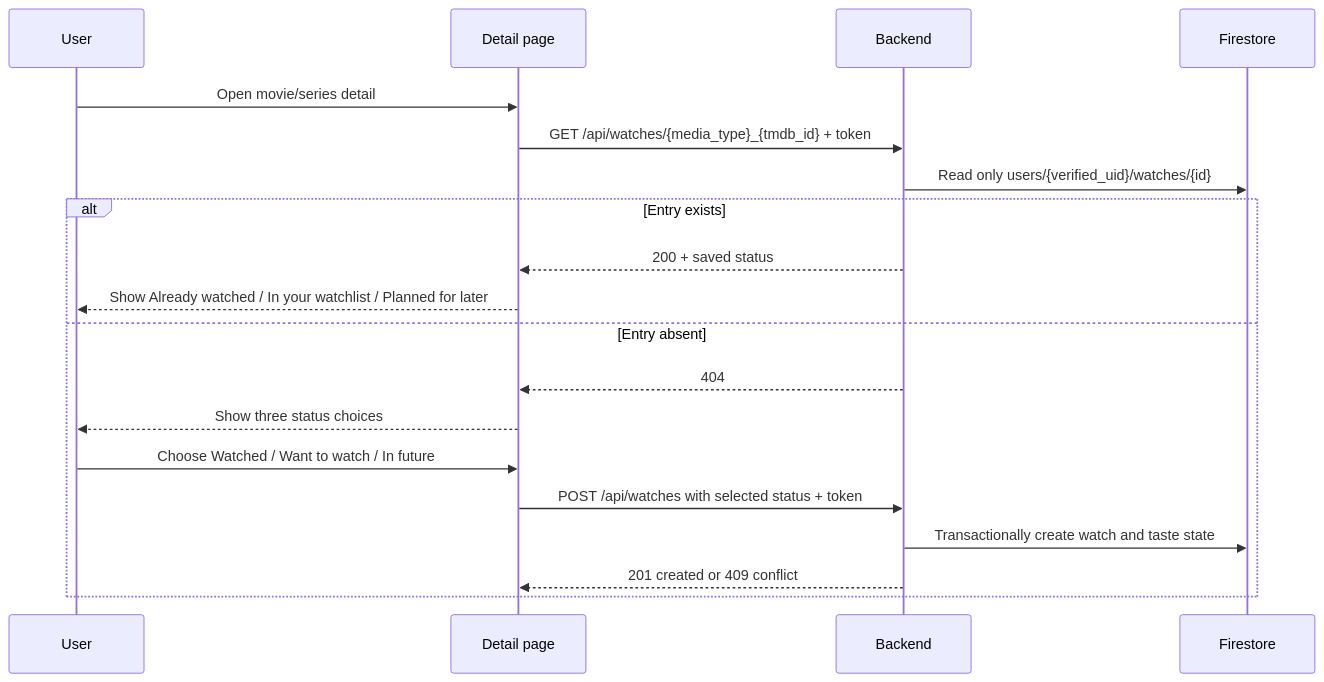
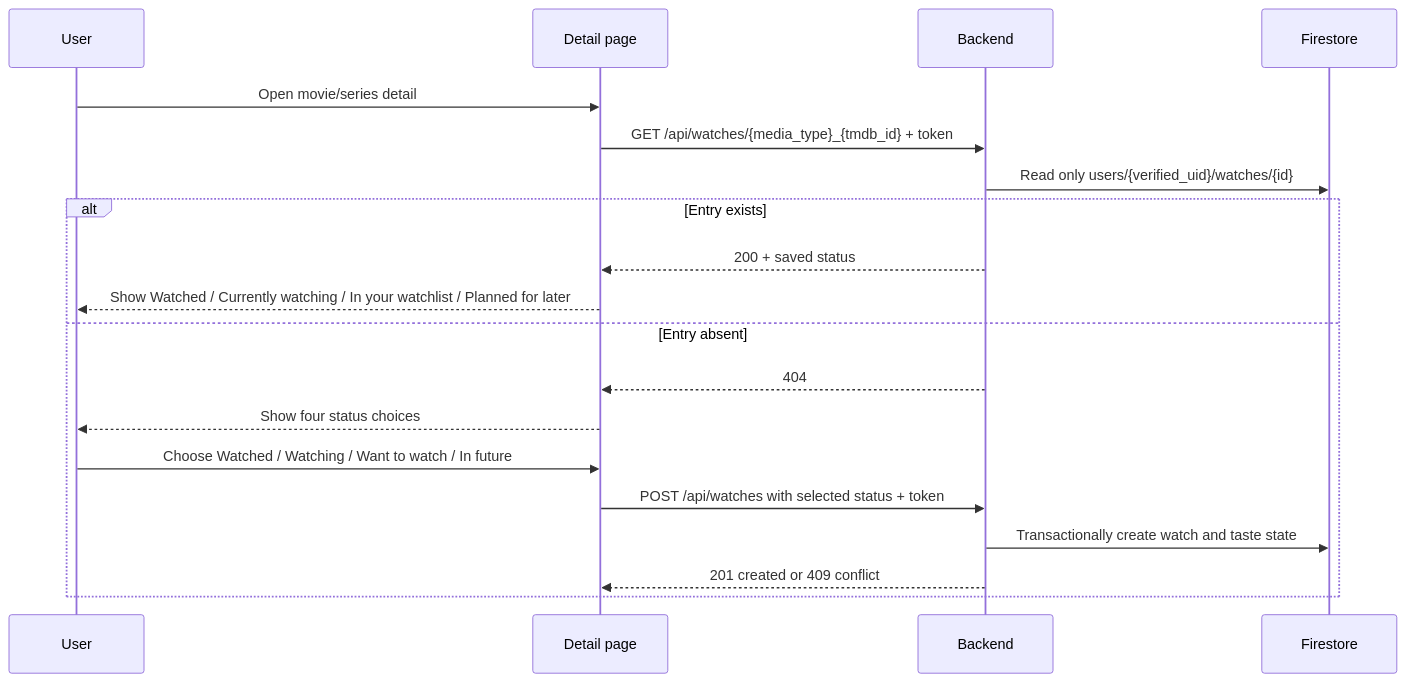
The third of 4 diagrams in docs/04_App_Flow.md (Shreyas-patil07/Dex), drawn with Mermaid before and after one commit. The commit also changed other lines of this file and 8 other files, not shown here.

Commit message:
feat(watchlist): add currently watching status

````diff
--- a/docs/04_App_Flow.md
+++ b/docs/04_App_Flow.md
@@ -51,21 +51,21 @@
 ```mermaid
 sequenceDiagram
     participant U as User
     participant UI as Detail page
     participant API as Backend
     participant DB as Firestore
     U->>UI: Open movie/series detail
     UI->>API: GET /api/watches/{media_type}_{tmdb_id} + token
     API->>DB: Read only users/{verified_uid}/watches/{id}
     alt Entry exists
       API-->>UI: 200 + saved status
-      UI-->>U: Show Already watched / In your watchlist / Planned for later
+      UI-->>U: Show Watched / Currently watching / In your watchlist / Planned for later
     else Entry absent
       API-->>UI: 404
-      UI-->>U: Show three status choices
-      U->>UI: Choose Watched / Want to watch / In future
+      UI-->>U: Show four status choices
+      U->>UI: Choose Watched / Watching / Want to watch / In future
       UI->>API: POST /api/watches with selected status + token
       API->>DB: Transactionally create watch and taste state
       API-->>UI: 201 created or 409 conflict
     end
 ```
````
